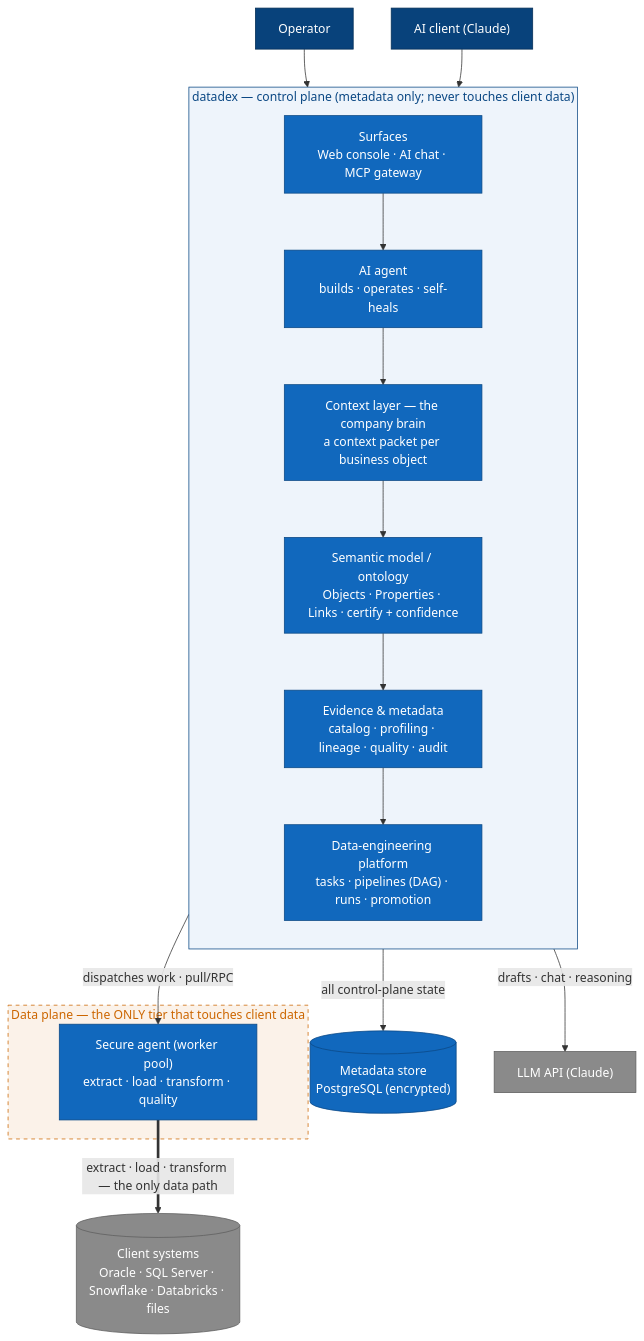
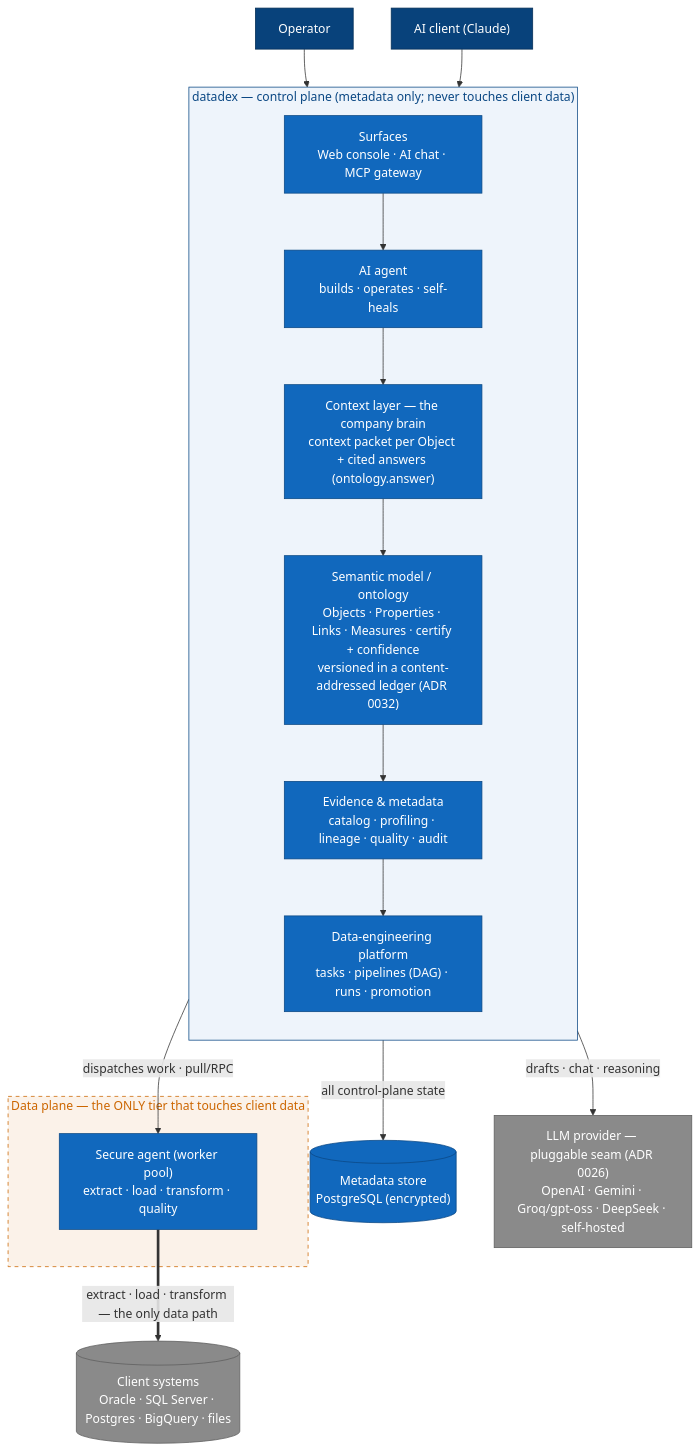
One commit to numan98khan/datadex-architecture changed the fourth of 20 diagrams in MERMAID.md. Above: the diagram before and after it, drawn with Mermaid. The commit also changed other lines of this file and 3 other files, not shown here.

First line of the commit message:
docs: refresh architecture mirror for the current platform state

````diff
--- a/MERMAID.md
+++ b/MERMAID.md
@@ -136,34 +147,34 @@
 ```mermaid
 flowchart TB
   op[Operator]:::person
   ai["AI client (Claude)"]:::person
   subgraph datadex["datadex — control plane (metadata only; never touches client data)"]
     direction TB
     surf["Surfaces<br/>Web console · AI chat · MCP gateway"]:::container
     agent["AI agent<br/>builds · operates · self-heals"]:::container
-    ctx["Context layer — the company brain<br/>a context packet per business object"]:::container
-    onto["Semantic model / ontology<br/>Objects · Properties · Links · certify + confidence"]:::container
+    ctx["Context layer — the company brain<br/>context packet per Object + cited answers (ontology.answer)"]:::container
+    onto["Semantic model / ontology<br/>Objects · Properties · Links · Measures · certify + confidence<br/>versioned in a content-addressed ledger (ADR 0032)"]:::container
     ev["Evidence & metadata<br/>catalog · profiling · lineage · quality · audit"]:::container
     plat["Data-engineering platform<br/>tasks · pipelines (DAG) · runs · promotion"]:::container
     surf --> agent --> ctx --> onto --> ev --> plat
   end
   subgraph dataplane["Data plane — the ONLY tier that touches client data"]
     sec["Secure agent (worker pool)<br/>extract · load · transform · quality"]:::container
   end
   store[("Metadata store<br/>PostgreSQL (encrypted)")]:::store
-  client[("Client systems<br/>Oracle · SQL Server · Snowflake · Databricks · files")]:::external
-  llm["LLM API (Claude)"]:::external
+  client[("Client systems<br/>Oracle · SQL Server · Postgres · BigQuery · files")]:::external
+  llm["LLM provider — pluggable seam (ADR 0026)<br/>OpenAI · Gemini · Groq/gpt-oss · DeepSeek · self-hosted"]:::external
   op --> surf
   ai --> surf
   agent -->|"drafts · chat · reasoning"| llm
   datadex -->|"all control-plane state"| store
   plat -->|"dispatches work · pull/RPC"| sec
   sec ==>|"extract · load · transform — the only data path"| client
 
   style datadex fill:#eef4fb,stroke:#0b4884,color:#0b4884
   style dataplane fill:#fbf2e9,stroke:#cc6600,stroke-dasharray:5 5,color:#cc6600
   classDef person fill:#08427b,stroke:#052e56,color:#fff;
   classDef container fill:#1168bd,stroke:#0b4884,color:#fff;
   classDef store fill:#1168bd,stroke:#0b4884,color:#fff;
   classDef external fill:#8a8a8a,stroke:#5f5f5f,color:#fff;
 ```
````
